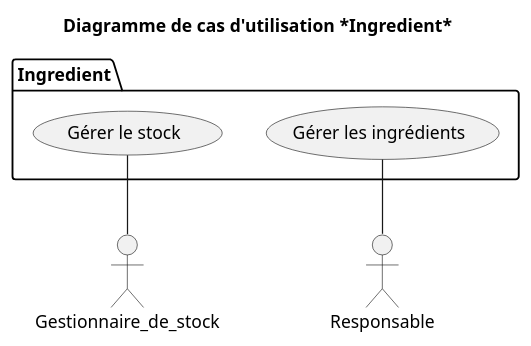
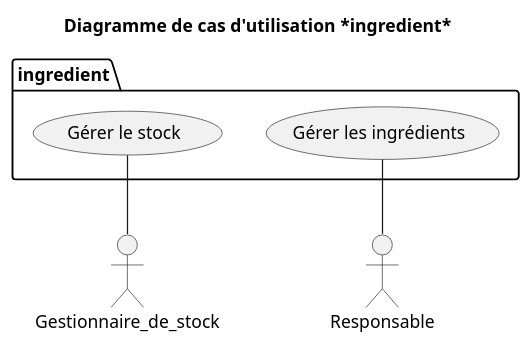
The diagram in v4/uml/03_ingredient.puml (Zepmanbc/oc_dapython_pr4), drawn with PlantUML before and after one commit. The commit also changed 28 other files, not shown here.

```diff
--- a/v4/uml/03_ingredient.puml
+++ b/v4/uml/03_ingredient.puml
@@ -1,19 +1,19 @@
 @startuml 03_ingredient
-title Diagramme de cas d'utilisation *Ingredient*
+title Diagramme de cas d'utilisation *ingredient*
 
 ' actor Gestionnaire_de_commande as GESTCMD
 ' actor Client as CUSTOMER
 actor Gestionnaire_de_stock as GESTSTOCK
 ' actor Pizzaiolo as PZLO
 actor Responsable as BOSS
 ' actor Banque <<system>> as BANK
 
-package Ingredient{
+package ingredient{
     (Gérer le stock) as STOCK
     (Gérer les ingrédients) as ITEMS
 }
 
 ITEMS -- BOSS
 STOCK -- GESTSTOCK
 
 @enduml
```
